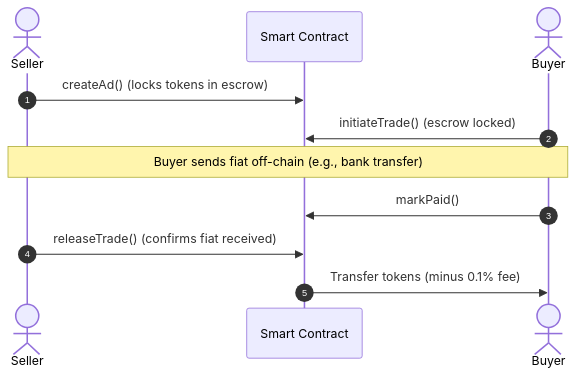
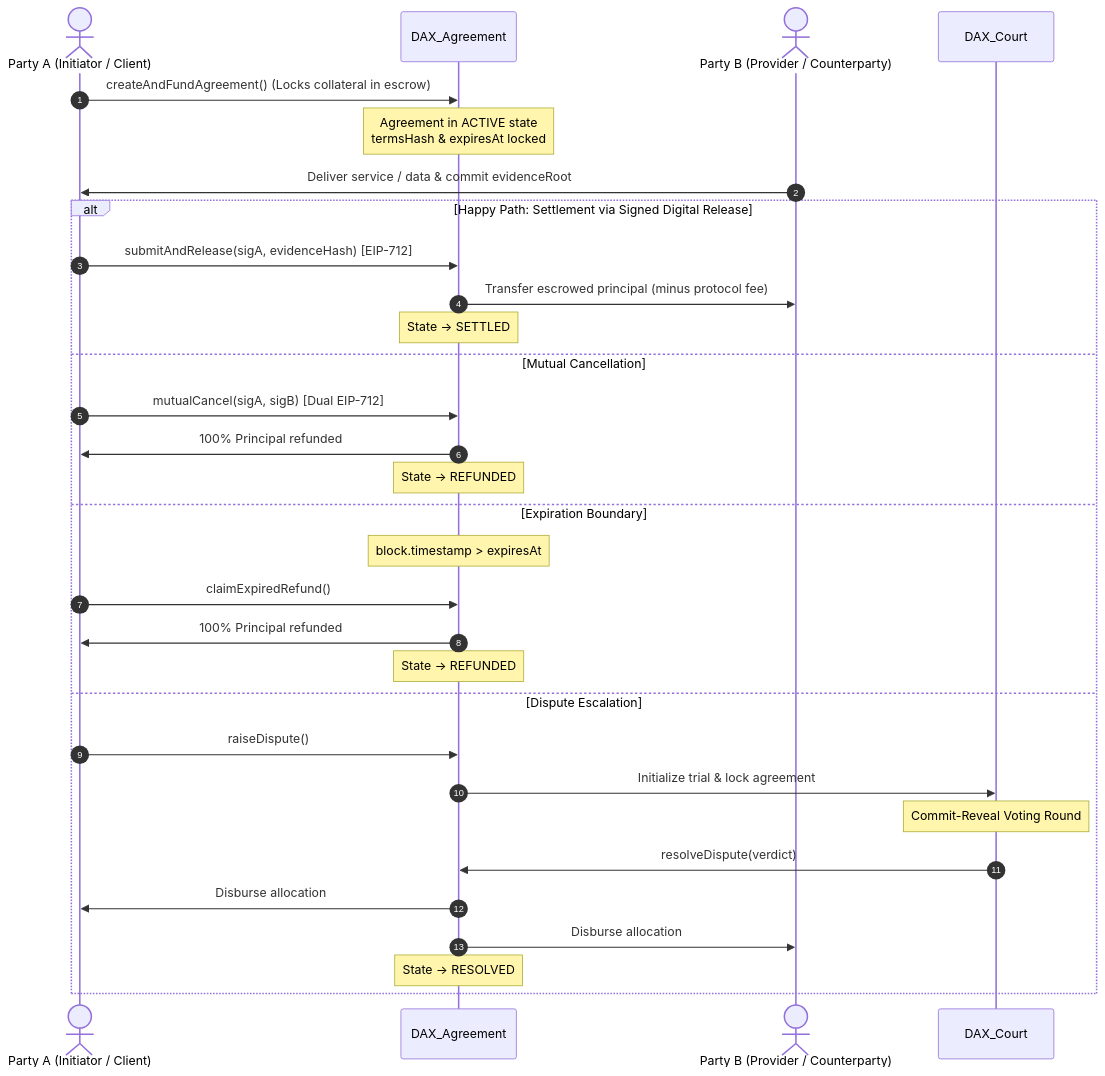
Before and after one commit to DAX-Vault/dax-contracts: the second of 2 diagrams in README.md, drawn with Mermaid. The commit also changed other lines of this file and 1 other file, not shown here.

````diff
--- a/README.md
+++ b/README.md
@@ -121,14 +75,36 @@
 ```mermaid
 sequenceDiagram
     autonumber
-    actor Seller
-    participant SC as Smart Contract
-    actor Buyer
+    actor PartyA as Party A (Initiator / Client)
+    participant SC as DAX_Agreement
+    actor PartyB as Party B (Provider / Counterparty)
+    participant Court as DAX_Court
 
-    Seller->>SC: createAd() (locks tokens in escrow)
-    Buyer->>SC: initiateTrade() (escrow locked)
-    Note over Seller,Buyer: Buyer sends fiat off-chain (e.g., bank transfer)
-    Buyer->>SC: markPaid()
-    Seller->>SC: releaseTrade() (confirms fiat received)
-    SC->>Buyer: Transfer tokens (minus 0.1% fee)
+    PartyA->>SC: createAndFundAgreement() (Locks collateral in escrow)
+    Note over SC: Agreement in ACTIVE state<br/>termsHash & expiresAt locked
+
+    PartyB->>PartyA: Deliver service / data & commit evidenceRoot
+    
+    alt Happy Path: Settlement via Signed Digital Release
+        PartyA->>SC: submitAndRelease(sigA, evidenceHash) [EIP-712]
+        SC->>PartyB: Transfer escrowed principal (minus protocol fee)
+        Note over SC: State -> SETTLED
+    else Mutual Cancellation
+        PartyA->>SC: mutualCancel(sigA, sigB) [Dual EIP-712]
+        SC->>PartyA: 100% Principal refunded
+        Note over SC: State -> REFUNDED
+    else Expiration Boundary
+        Note over SC: block.timestamp > expiresAt
+        PartyA->>SC: claimExpiredRefund()
+        SC->>PartyA: 100% Principal refunded
+        Note over SC: State -> REFUNDED
+    else Dispute Escalation
+        PartyA->>SC: raiseDispute()
+        SC->>Court: Initialize trial & lock agreement
+        Note over Court: Commit-Reveal Voting Round
+        Court->>SC: resolveDispute(verdict)
+        SC->>PartyA: Disburse allocation
+        SC->>PartyB: Disburse allocation
+        Note over SC: State -> RESOLVED
+    end
 ```
````
